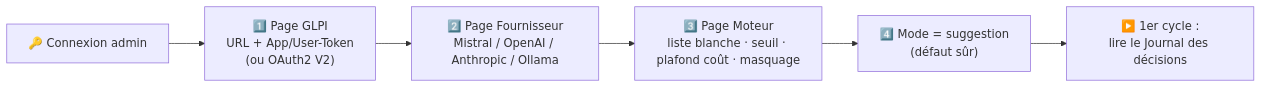
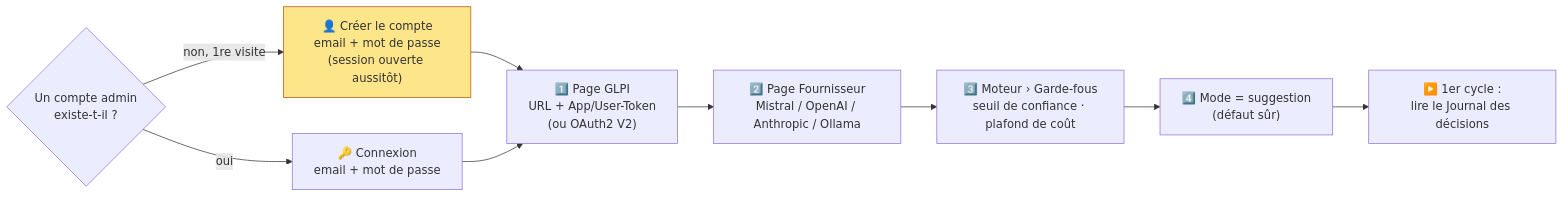
The fourth of 7 diagrams in docs/guide-fonctionnement.md (WicaebethTheo/itsm-modern-ai), drawn with Mermaid before and after one commit. The commit also changed other lines of this file and 181 other files, not shown here.

````diff
--- a/docs/guide-fonctionnement.md
+++ b/docs/guide-fonctionnement.md
@@ -152,8 +195,14 @@
 ```mermaid
 flowchart LR
-    L["🔑 Connexion admin"] --> G["1️⃣ Page GLPI<br/>URL + App/User-Token<br/>(ou OAuth2 V2)"]
+    A{"Un compte admin<br/>existe-t-il ?"}
+    A -- non, 1re visite --> N["👤 Créer le compte<br/>email + mot de passe<br/>(session ouverte aussitôt)"]
+    A -- oui --> L["🔑 Connexion<br/>email + mot de passe"]
+    N --> G["1️⃣ Page GLPI<br/>URL + App/User-Token<br/>(ou OAuth2 V2)"]
+    L --> G
     G --> P["2️⃣ Page Fournisseur<br/>Mistral / OpenAI / Anthropic / Ollama"]
-    P --> E["3️⃣ Page Moteur<br/>liste blanche · seuil · plafond coût · masquage"]
+    P --> E["3️⃣ Moteur › Garde-fous<br/>seuil de confiance · plafond de coût"]
     E --> M["4️⃣ Mode = suggestion<br/>(défaut sûr)"]
     M --> R["▶️ 1er cycle :<br/>lire le Journal des décisions"]
+
+    style N fill:#fde68a,stroke:#b45309
 ```
````
